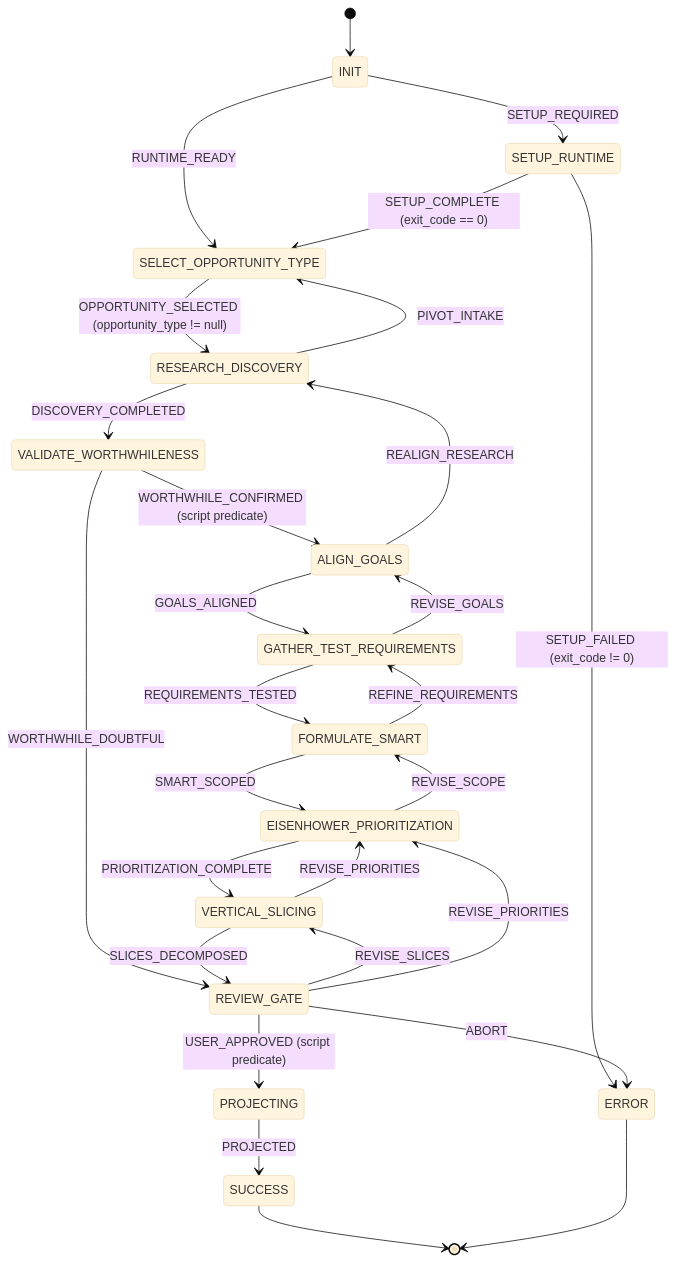
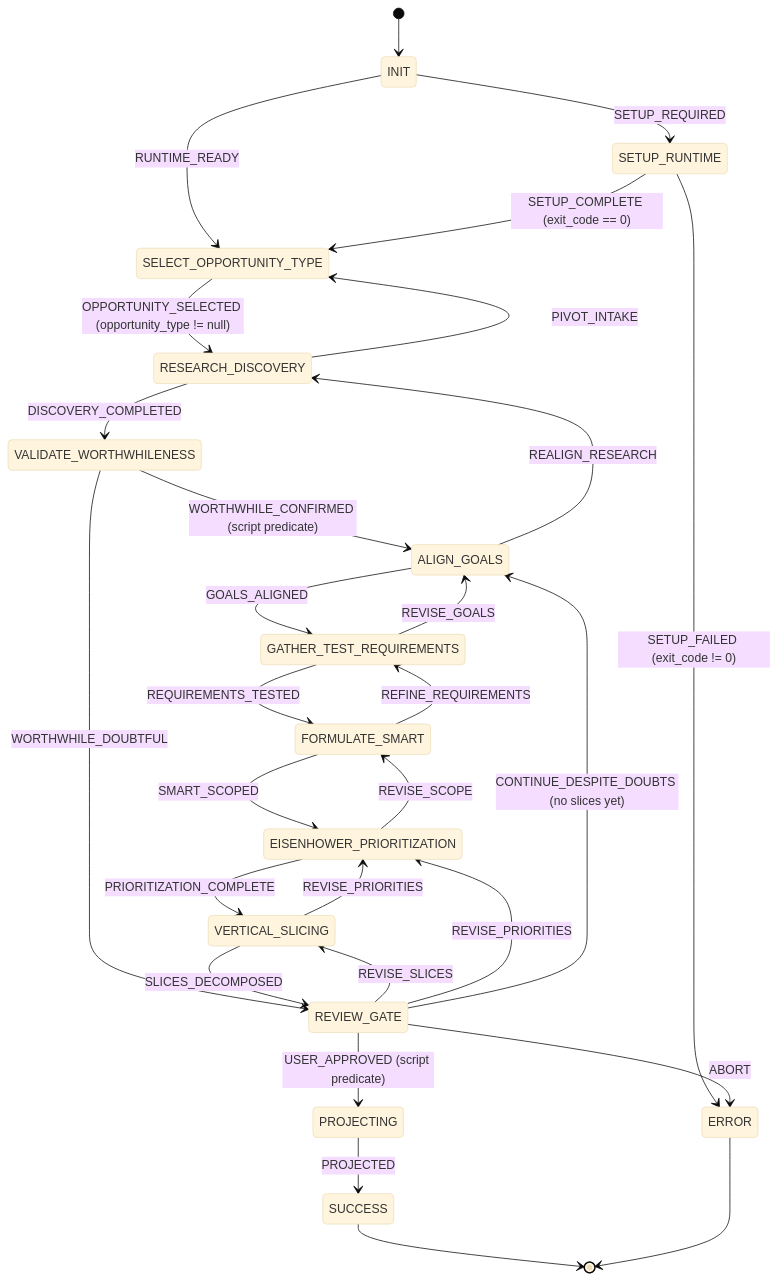
Before and after one commit to Reactive-Skills/skills: the diagram in product-manager/STATECHART.md, drawn with Mermaid (base theme). The commit also changed other lines of this file and 46 other files, not shown here.

````diff
--- a/product-manager/STATECHART.md
+++ b/product-manager/STATECHART.md
@@ -9,43 +9,44 @@
 ```mermaid
 stateDiagram-v2
     [*] --> INIT
 
     INIT --> SELECT_OPPORTUNITY_TYPE: RUNTIME_READY
     INIT --> SETUP_RUNTIME: SETUP_REQUIRED
 
     SETUP_RUNTIME --> SELECT_OPPORTUNITY_TYPE: SETUP_COMPLETE (exit_code == 0)
     SETUP_RUNTIME --> ERROR: SETUP_FAILED (exit_code != 0)
 
     SELECT_OPPORTUNITY_TYPE --> RESEARCH_DISCOVERY: OPPORTUNITY_SELECTED (opportunity_type != null)
 
     RESEARCH_DISCOVERY --> VALIDATE_WORTHWHILENESS: DISCOVERY_COMPLETED
     RESEARCH_DISCOVERY --> SELECT_OPPORTUNITY_TYPE: PIVOT_INTAKE
 
     VALIDATE_WORTHWHILENESS --> ALIGN_GOALS: WORTHWHILE_CONFIRMED (script predicate)
     VALIDATE_WORTHWHILENESS --> REVIEW_GATE: WORTHWHILE_DOUBTFUL
 
     ALIGN_GOALS --> GATHER_TEST_REQUIREMENTS: GOALS_ALIGNED
     ALIGN_GOALS --> RESEARCH_DISCOVERY: REALIGN_RESEARCH
 
     GATHER_TEST_REQUIREMENTS --> FORMULATE_SMART: REQUIREMENTS_TESTED
     GATHER_TEST_REQUIREMENTS --> ALIGN_GOALS: REVISE_GOALS
 
     FORMULATE_SMART --> EISENHOWER_PRIORITIZATION: SMART_SCOPED
     FORMULATE_SMART --> GATHER_TEST_REQUIREMENTS: REFINE_REQUIREMENTS
 
     EISENHOWER_PRIORITIZATION --> VERTICAL_SLICING: PRIORITIZATION_COMPLETE
     EISENHOWER_PRIORITIZATION --> FORMULATE_SMART: REVISE_SCOPE
 
     VERTICAL_SLICING --> REVIEW_GATE: SLICES_DECOMPOSED
     VERTICAL_SLICING --> EISENHOWER_PRIORITIZATION: REVISE_PRIORITIES
 
     REVIEW_GATE --> PROJECTING: USER_APPROVED (script predicate)
     REVIEW_GATE --> VERTICAL_SLICING: REVISE_SLICES
     REVIEW_GATE --> EISENHOWER_PRIORITIZATION: REVISE_PRIORITIES
+    REVIEW_GATE --> ALIGN_GOALS: CONTINUE_DESPITE_DOUBTS (no slices yet)
     REVIEW_GATE --> ERROR: ABORT
 
     PROJECTING --> SUCCESS: PROJECTED
 
     SUCCESS --> [*]
     ERROR --> [*]
 ```
````
